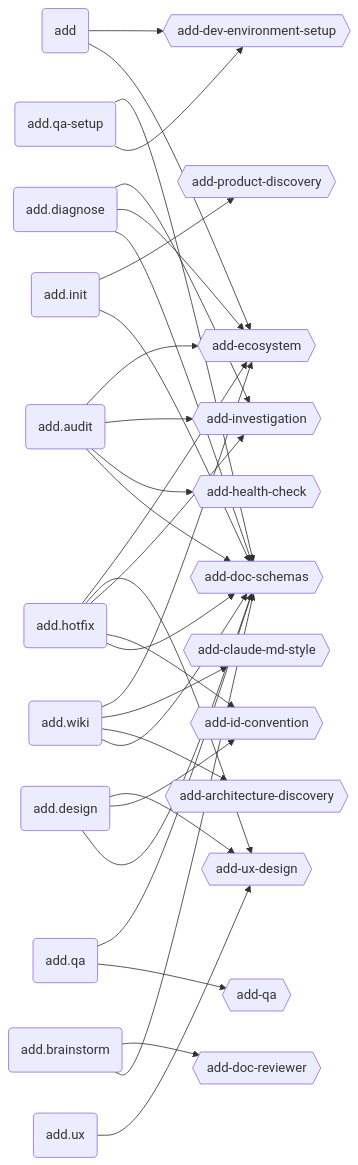
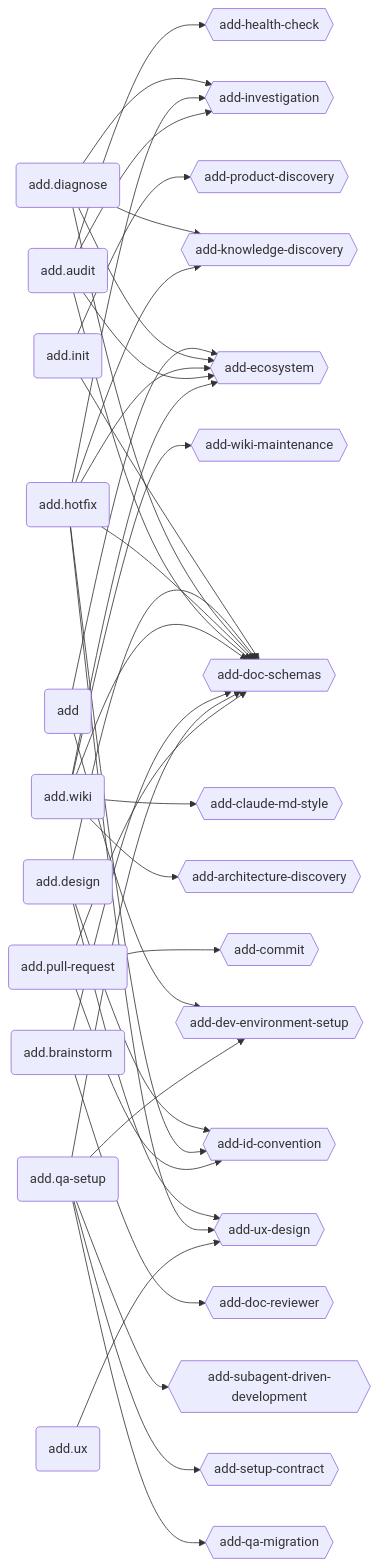
The second of 4 diagrams in ecosystem.md (brabos-ai/code-addiction), drawn with Mermaid before and after one commit. The commit also changed other lines of this file and 5 other files, not shown here.

````diff
--- a/ecosystem.md
+++ b/ecosystem.md
@@ -57,39 +66,44 @@
 ```mermaid
 graph LR
   ADD(add)
   INIT(add.init)
   DESIGN(add.design)
   DIAGNOSE(add.diagnose)
   HOTFIX(add.hotfix)
   AUDIT(add.audit)
   WIKI(add.wiki)
   BRAINSTORM(add.brainstorm)
   UX_CMD(add.ux)
   QASETUP(add.qa-setup)
-  QA(add.qa)
+  PR(add.pull-request)
 
   ECO{{add-ecosystem}}
   DS{{add-doc-schemas}}
   ID{{add-id-convention}}
   UX{{add-ux-design}}
   IV{{add-investigation}}
+  KD{{add-knowledge-discovery}}
   PD{{add-product-discovery}}
   HC{{add-health-check}}
   AD{{add-architecture-discovery}}
   CMS{{add-claude-md-style}}
+  WM{{add-wiki-maintenance}}
   DE{{add-dev-environment-setup}}
   DR{{add-doc-reviewer}}
-  QSK{{add-qa}}
+  CM{{add-commit}}
+  QMIG{{add-qa-migration}}
+  SC{{add-setup-contract}}
+  SDD{{add-subagent-driven-development}}
 
   ADD --> ECO & DE
   INIT --> DS & PD
   DESIGN --> DS & ID & UX
-  DIAGNOSE --> DS & ECO & IV
-  HOTFIX --> DS & ID & IV & UX & ECO
+  DIAGNOSE --> DS & ECO & IV & KD
+  HOTFIX --> DS & ID & IV & KD & UX & ECO
   AUDIT --> DS & HC & IV & ECO
-  WIKI --> DS & AD & CMS & ECO
+  WIKI --> DS & AD & CMS & WM & ECO
   BRAINSTORM --> DS & DR
   UX_CMD --> UX
-  QASETUP --> DE & DS
-  QA --> QSK & DS
+  QASETUP --> DE & DS & QMIG & SC & SDD
+  PR --> DS & ID & CM
 ```
````
